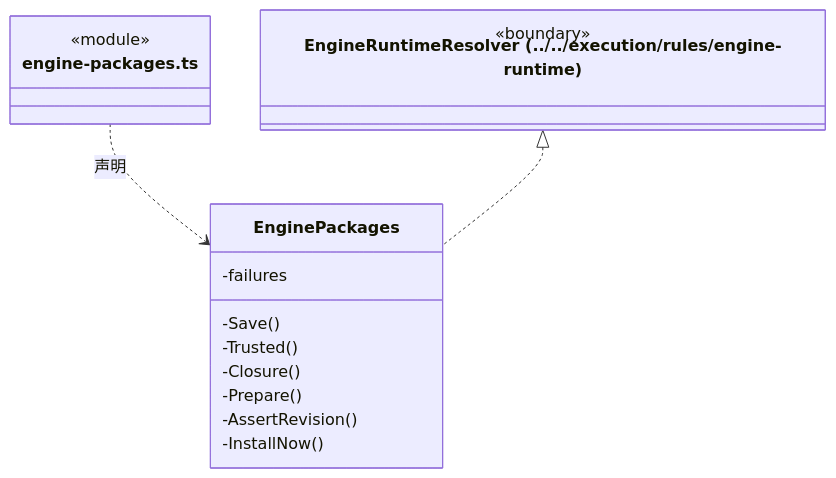
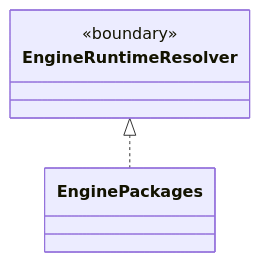
One commit to nan023062/cbim changed the diagram in src/logic/engines/packages/ARCHITECTURE.md. Above: the diagram before and after it, drawn with Mermaid. The commit also changed other lines of this file and 158 other files, not shown here.

Commit message:
docs: model architecture through nested virtual encapsulations

````diff
--- a/src/logic/engines/packages/ARCHITECTURE.md
+++ b/src/logic/engines/packages/ARCHITECTURE.md
@@ -107,20 +19,10 @@
 ```mermaid
 classDiagram
-class N_src_logic_engines_packages_engine_packages_ts["engine-packages.ts"] {
-  <<module>>
-}
-class N_src_logic_engines_packages_engine_packages_ts_EnginePackages["EnginePackages"] {
-  -failures
-  -Save()
-  -Trusted()
-  -Closure()
-  -Prepare()
-  -AssertRevision()
-  -InstallNow()
-}
-N_src_logic_engines_packages_engine_packages_ts ..> N_src_logic_engines_packages_engine_packages_ts_EnginePackages : 声明
-class N_src_logic_engines_packages_engine_packages_ts_external_EngineRuntimeResolver["EngineRuntimeResolver (../../execution/rules/engine-runtime)"] {
+class N_cae085e09fcd["EnginePackages"]
+click N_cae085e09fcd href "engine-packages.ts"
+class N_bece42afd05a["EngineRuntimeResolver"] {
   <<boundary>>
 }
-N_src_logic_engines_packages_engine_packages_ts_external_EngineRuntimeResolver <|.. N_src_logic_engines_packages_engine_packages_ts_EnginePackages
+click N_bece42afd05a href "../../execution/rules/engine-runtime.ts"
+N_bece42afd05a <|.. N_cae085e09fcd
 ```
````
